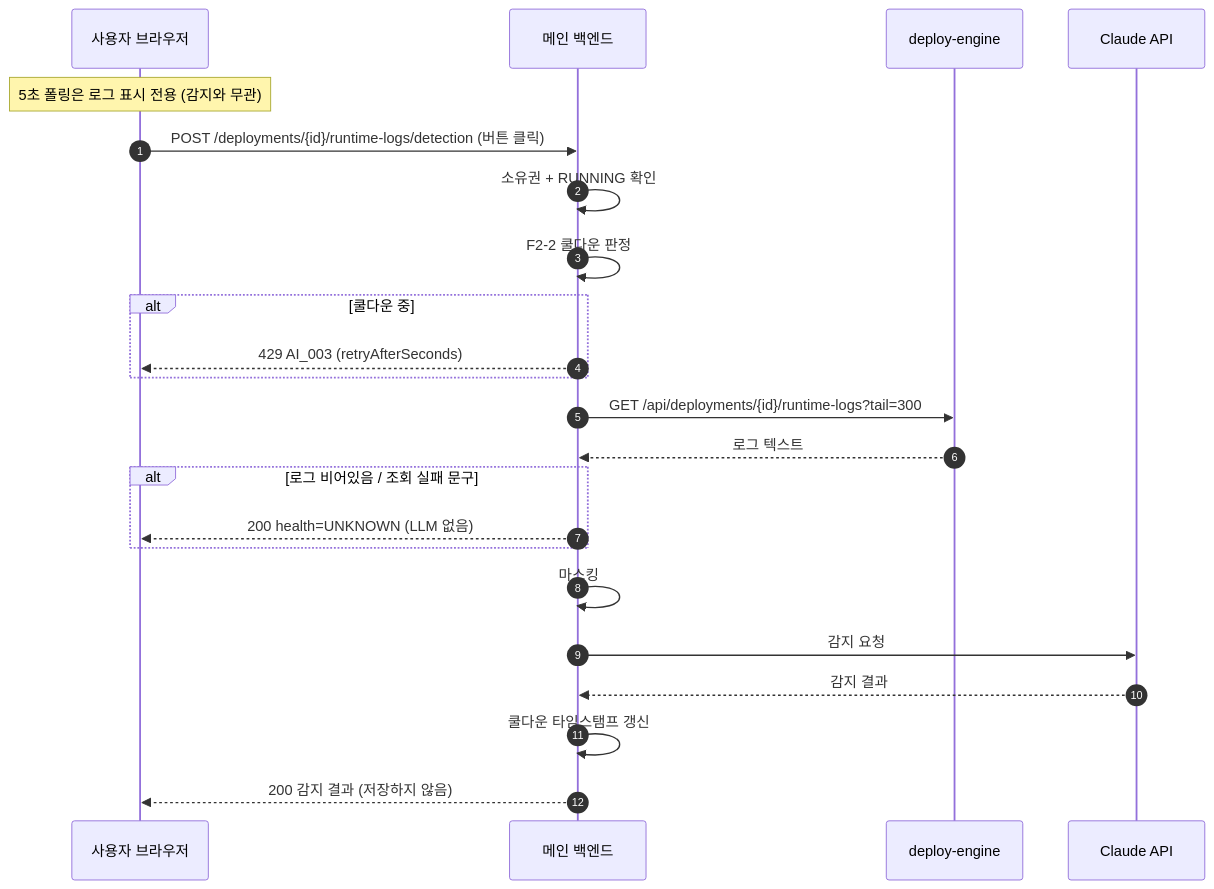
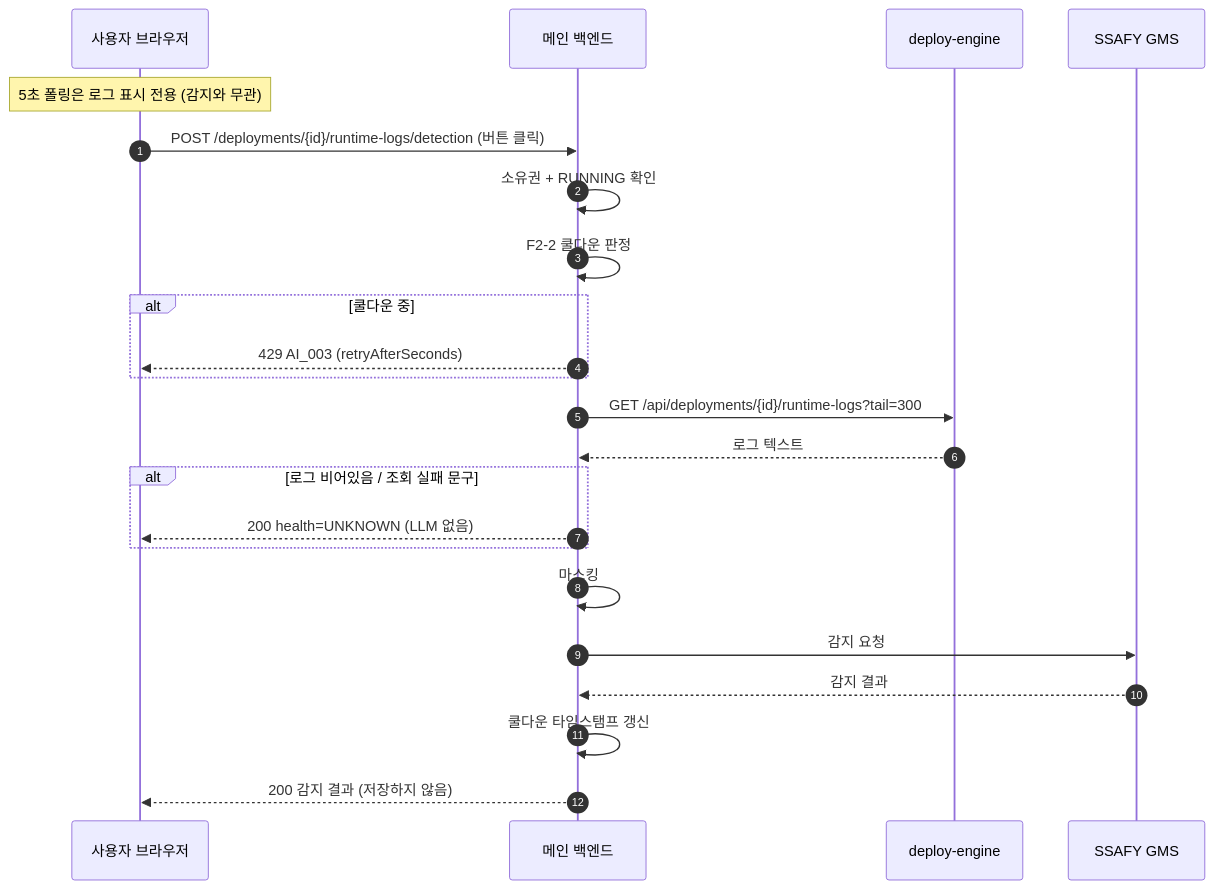
One commit to kdy1668/ssafyhub changed the second of 2 diagrams in docs/AI기능-기능명세서.md. Above: the diagram before and after it, drawn with Mermaid. The commit also changed other lines of this file and 20 other files, not shown here.

First line of the commit message:
refactor: AI 제공자를 SSAFY GMS(OpenAI 호환)로 전환

````diff
--- a/docs/AI기능-기능명세서.md
+++ b/docs/AI기능-기능명세서.md
@@ -501,29 +529,29 @@
 ```mermaid
 sequenceDiagram
     autonumber
     participant U as 사용자 브라우저
     participant BE as 메인 백엔드
     participant DE as deploy-engine
-    participant AI as Claude API
+    participant AI as SSAFY GMS
 
     Note over U: 5초 폴링은 로그 표시 전용 (감지와 무관)
     U->>BE: POST /deployments/{id}/runtime-logs/detection (버튼 클릭)
 
     BE->>BE: 소유권 + RUNNING 확인
     BE->>BE: F2-2 쿨다운 판정
     alt 쿨다운 중
         BE-->>U: 429 AI_003 (retryAfterSeconds)
     end
 
     BE->>DE: GET /api/deployments/{id}/runtime-logs?tail=300
     DE-->>BE: 로그 텍스트
     alt 로그 비어있음 / 조회 실패 문구
         BE-->>U: 200 health=UNKNOWN (LLM 없음)
     end
 
     BE->>BE: 마스킹
     BE->>AI: 감지 요청
     AI-->>BE: 감지 결과
     BE->>BE: 쿨다운 타임스탬프 갱신
     BE-->>U: 200 감지 결과 (저장하지 않음)
 ```
````
